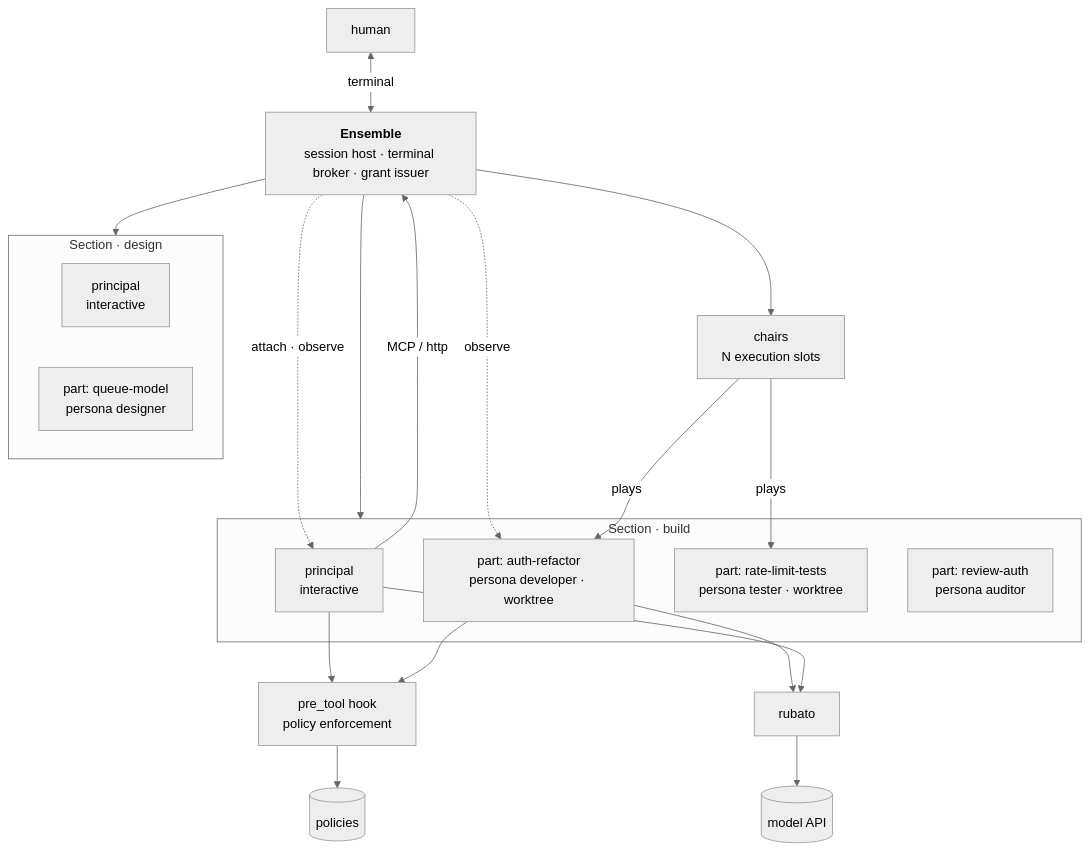
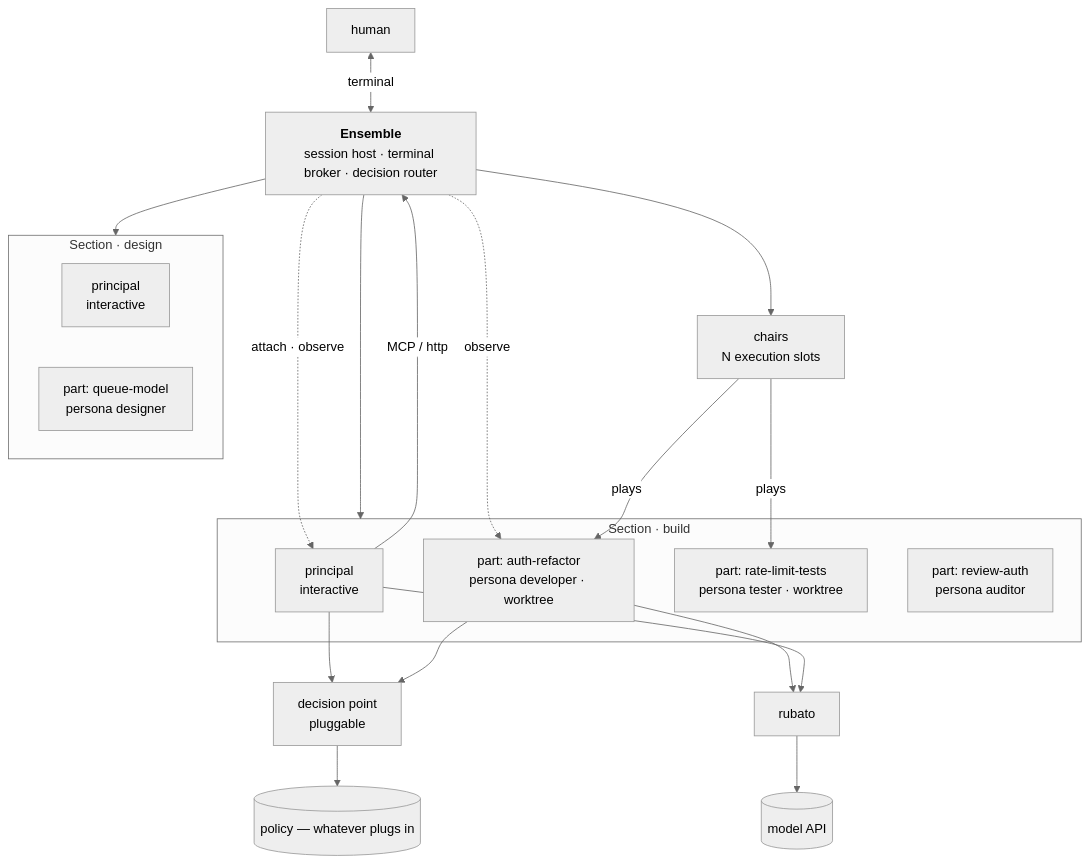
Before and after one commit to noclearreaction/symphony-maestro: the first of 5 diagrams in docs/ensemble/README.md, drawn with Mermaid (neutral theme). The commit also changed other lines of this file and 1 other file, not shown here.

First line of the commit message:
docs(ensemble): policy is a plug, not a section

````diff
--- a/docs/ensemble/README.md
+++ b/docs/ensemble/README.md
@@ -105,39 +105,39 @@
 ```mermaid
 flowchart TB
   H["human"]
-  ENS["<b>Ensemble</b><br/>session host · terminal broker · grant issuer"]
+  ENS["<b>Ensemble</b><br/>session host · terminal broker · decision router"]
 
   subgraph S1["Section · build"]
     P1["principal<br/>interactive"]
     A1["part: auth-refactor<br/>persona developer · worktree"]
     A2["part: rate-limit-tests<br/>persona tester · worktree"]
     A3["part: review-auth<br/>persona auditor"]
   end
 
   subgraph S2["Section · design"]
     P2["principal<br/>interactive"]
     D1["part: queue-model<br/>persona designer"]
   end
 
   CH["chairs<br/>N execution slots"]
-  HOOK["pre_tool hook<br/>policy enforcement"]
-  POL[("policies")]
+  DEC["decision point<br/>pluggable"]
+  POL[("policy — whatever plugs in")]
   RUB["rubato"]
   API[("model API")]
 
   H <-->|"terminal"| ENS
   ENS -.->|"attach · observe"| P1
   ENS -.->|"observe"| A1
   ENS --> S1
   ENS --> S2
   ENS --> CH
   CH -->|"plays"| A1
   CH -->|"plays"| A2
   P1 -->|"MCP / http"| ENS
-  P1 --> HOOK
-  A1 --> HOOK
-  HOOK --> POL
+  P1 --> DEC
+  A1 --> DEC
+  DEC --> POL
   A1 --> RUB
   P1 --> RUB
   RUB --> API
 ```
````
